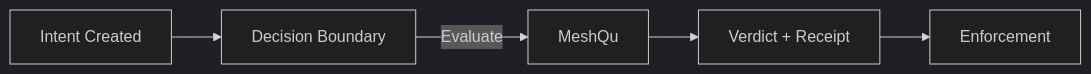
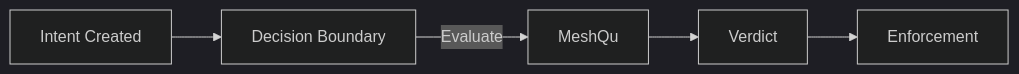
The diagram in index.mdx (TradeQu/mintlify-docs), drawn with Mermaid (dark theme) before and after one commit. The commit also changed other lines of this file and 8 other files, not shown here.

````diff
--- a/index.mdx
+++ b/index.mdx
@@ -42,7 +42,7 @@
 ```mermaid
 flowchart LR
   A[Intent Created] --> B[Decision Boundary]
   B -->|Evaluate| MQ[MeshQu]
-  MQ --> C[Verdict + Receipt]
+  MQ --> C[Verdict]
   C --> D[Enforcement]
 ```
````
